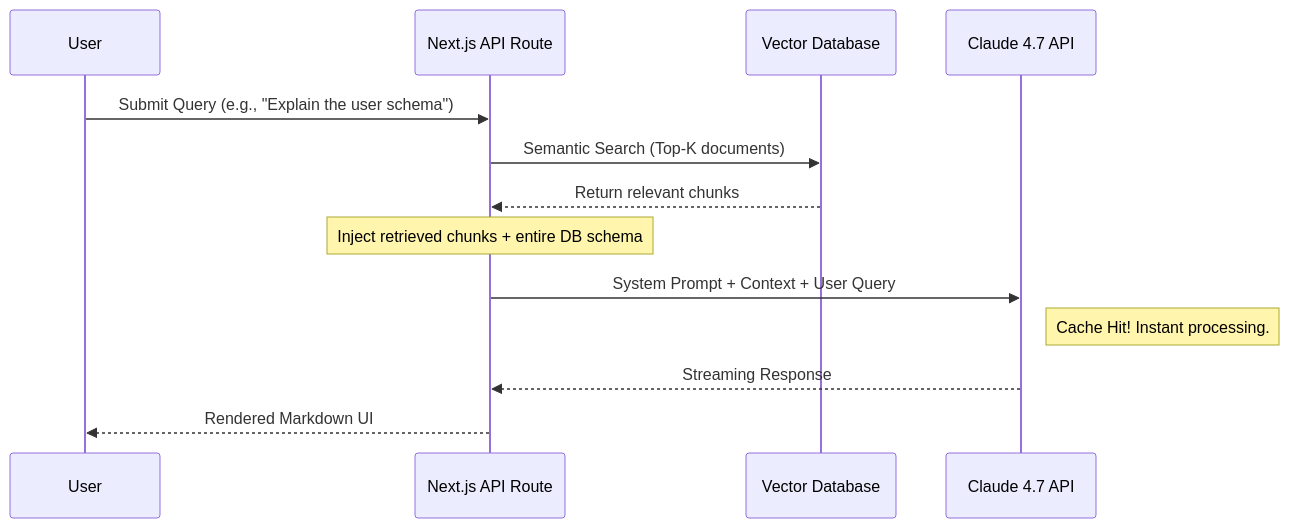
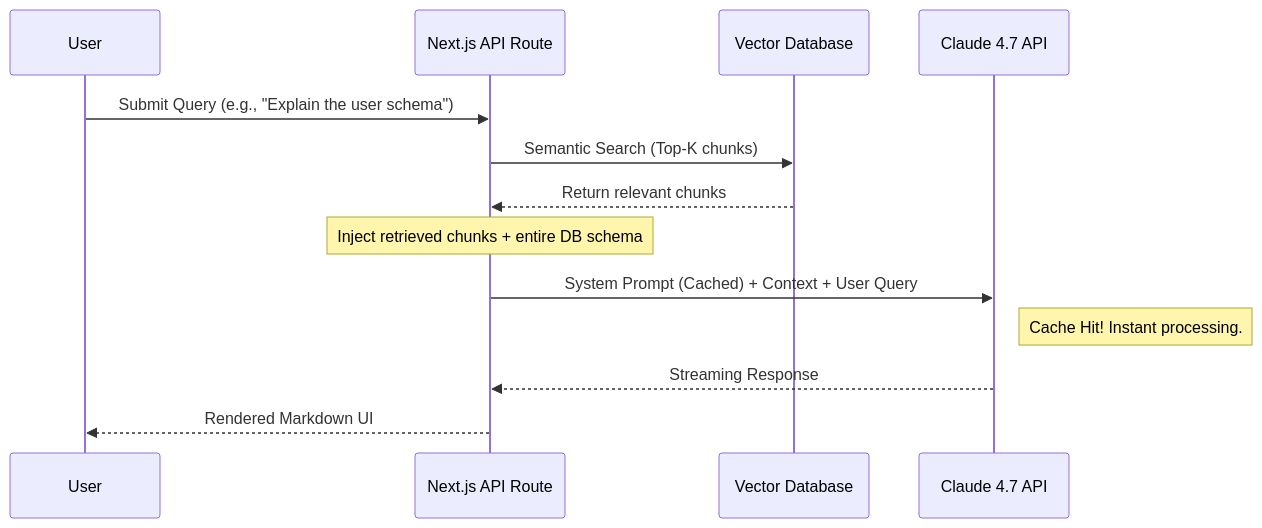
The diagram in src/content/posts/claude-4-7-rag-pipeline.mdx (amitdevx/portfolio), drawn with Mermaid before and after one commit. The commit also changed other lines of this file and 4 other files, not shown here.

Commit message:
feat(blog): massively expand all recent blogs with production code, architecture details, benchmarks, and pitfalls

````diff
--- a/src/content/posts/claude-4-7-rag-pipeline.mdx
+++ b/src/content/posts/claude-4-7-rag-pipeline.mdx
@@ -26,16 +44,16 @@
 ```mermaid
 sequenceDiagram
     participant User
     participant NextJS as Next.js API Route
     participant VectorDB as Vector Database
     participant Claude as Claude 4.7 API
     
     User->>NextJS: Submit Query (e.g., "Explain the user schema")
-    NextJS->>VectorDB: Semantic Search (Top-K documents)
+    NextJS->>VectorDB: Semantic Search (Top-K chunks)
     VectorDB-->>NextJS: Return relevant chunks
     Note over NextJS: Inject retrieved chunks + entire DB schema
-    NextJS->>Claude: System Prompt + Context + User Query
+    NextJS->>Claude: System Prompt (Cached) + Context + User Query
     Note right of Claude: Cache Hit! Instant processing.
     Claude-->>NextJS: Streaming Response
     NextJS-->>User: Rendered Markdown UI
 ```
````
